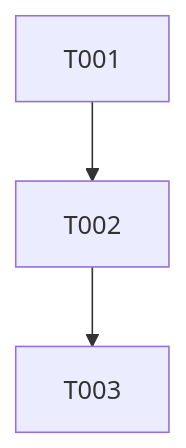
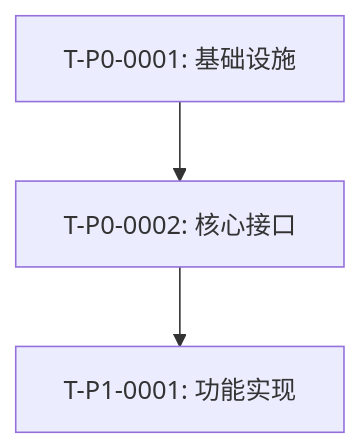
The second of 3 diagrams in templates/architecture/架构图.md (2270525352/Agent-Plan), drawn with Mermaid before and after one commit. The commit also changed other lines of this file and 32 other files, not shown here.

````diff
--- a/templates/architecture/架构图.md
+++ b/templates/architecture/架构图.md
@@ -15,5 +26,5 @@
 ```mermaid
 flowchart TD
-  T001["T001"] --> T002["T002"]
-  T002 --> T003["T003"]
+  T001["T-P0-0001: 基础设施"] --> T002["T-P0-0002: 核心接口"]
+  T002 --> T003["T-P1-0001: 功能实现"]
 ```
````
